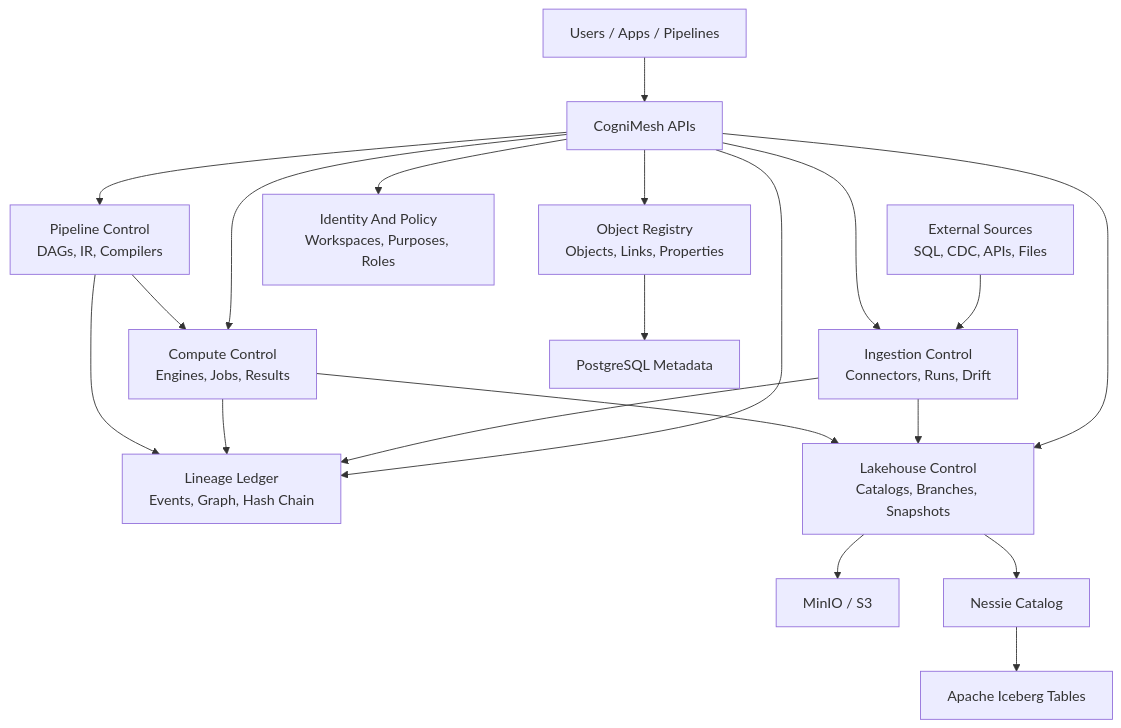
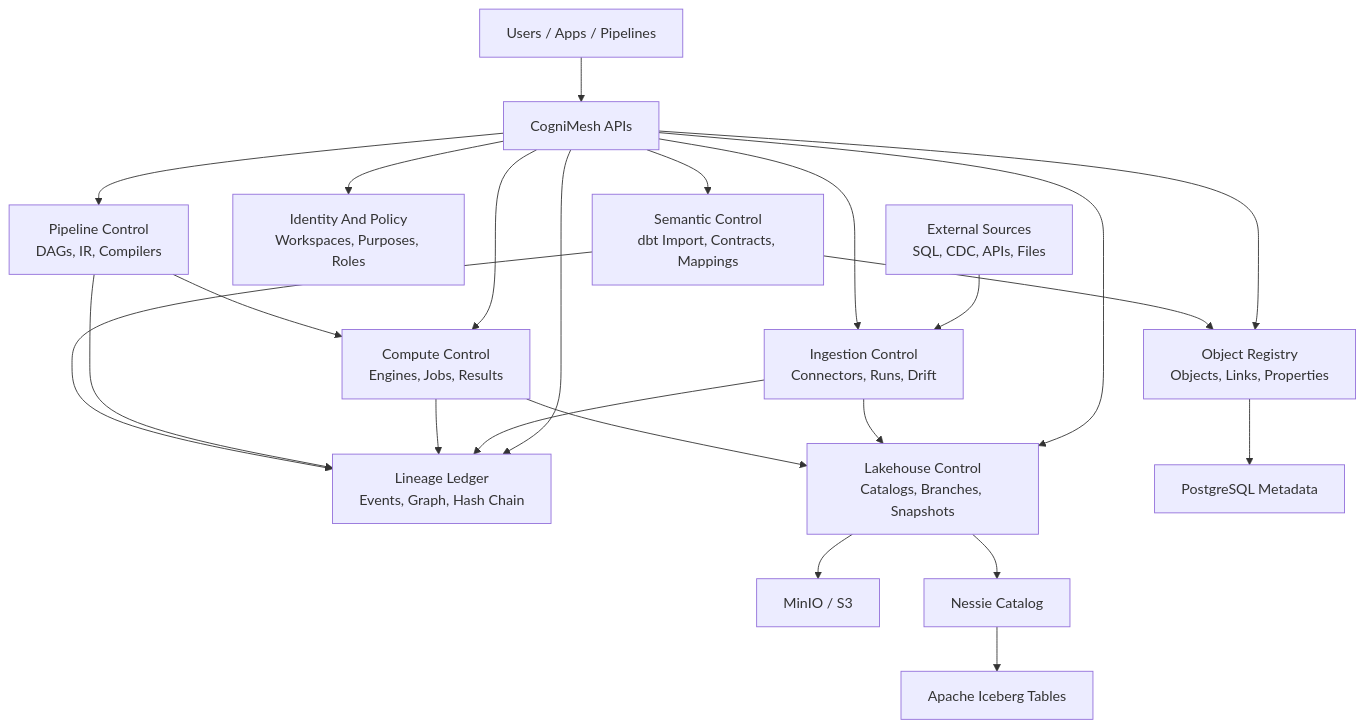
The diagram in README.md (MaramHarsha/CogniMesh), drawn with Mermaid before and after one commit. The commit also changed other lines of this file and 28 other files, not shown here.

First line of the commit message:
Add initial implementation for semantic control service

````diff
--- a/README.md
+++ b/README.md
@@ -41,22 +42,25 @@
 ```mermaid
 flowchart TB
   U["Users / Apps / Pipelines"] --> API["CogniMesh APIs"]
   SRC["External Sources\nSQL, CDC, APIs, Files"] --> ING["Ingestion Control\nConnectors, Runs, Drift"]
   API --> OBJ["Object Registry\nObjects, Links, Properties"]
   API --> ID["Identity And Policy\nWorkspaces, Purposes, Roles"]
   API --> LIN["Lineage Ledger\nEvents, Graph, Hash Chain"]
   API --> ING
   API --> CMP["Compute Control\nEngines, Jobs, Results"]
   API --> PIPE["Pipeline Control\nDAGs, IR, Compilers"]
+  API --> SEM["Semantic Control\ndbt Import, Contracts, Mappings"]
   API --> LAKE["Lakehouse Control\nCatalogs, Branches, Snapshots"]
   ING --> LIN
   ING --> LAKE
   CMP --> LIN
   CMP --> LAKE
   PIPE --> CMP
   PIPE --> LIN
+  SEM --> OBJ
+  SEM --> LIN
   LAKE --> MINIO["MinIO / S3"]
   LAKE --> NESSIE["Nessie Catalog"]
   NESSIE --> ICE["Apache Iceberg Tables"]
   OBJ --> PG["PostgreSQL Metadata"]
 ```
````
